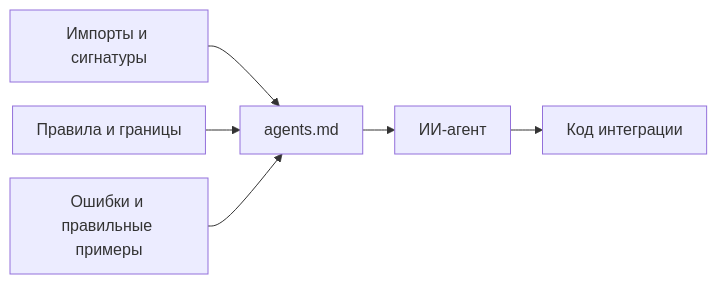
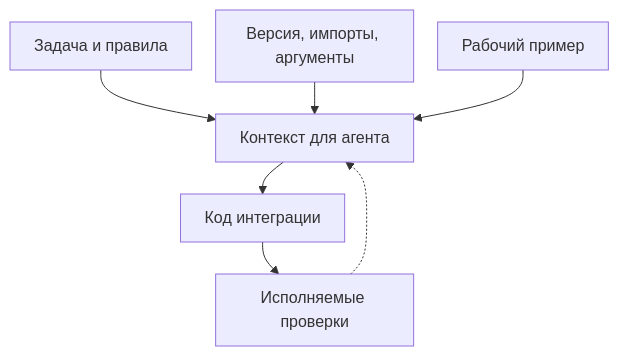
The diagram in translations/ru/blog/posts/2026-09-07-documentation-for-ai-coding-agents.md (bedrock-python/bedrock-python.github.io), drawn with Mermaid before and after one commit. The commit also changed other lines of this file and 37 other files, not shown here.

Commit message:
Обновление статьи о Bedrock Python: уточнение описания инфраструктуры, улучшение примеров использования библиотек для работы с PostgreSQL и HTTP-клиентами, добавление новых разделов о проверке поведения и интеграции компонентов.

````diff
--- a/translations/ru/blog/posts/2026-09-07-documentation-for-ai-coding-agents.md
+++ b/translations/ru/blog/posts/2026-09-07-documentation-for-ai-coding-agents.md
@@ -57,20 +116,21 @@
 ```mermaid
 ---
 config:
   theme: default
   look: classic
   flowchart:
     useMaxWidth: false
     wrappingWidth: 150
     padding: 12
     nodeSpacing: 24
     rankSpacing: 32
 ---
-flowchart LR
-    accTitle: Соберите правила API на одной странице
-    accDescr: На одной странице собраны импорты, сигнатуры, обязательные правила и примеры. Модели остаётся меньше пробелов, которые пришлось бы заполнять догадками.
- A["Импорты и сигнатуры"] --> D["agents.md"]
- R["Правила и границы"] --> D
- E["Ошибки и правильные примеры"] --> D
- D --> M["ИИ-агент"] --> C["Код интеграции"]
+flowchart TD
+    accTitle: От описания задачи к проверяемому коду
+    accDescr: Задача, сведения об API и рабочий пример формируют контекст. Код интеграции проходит проверки; обнаруженные ошибки помогают уточнить документацию.
+    A["Задача и правила"] --> D["Контекст для агента"]
+    B["Версия, импорты, аргументы"] --> D
+    C["Рабочий пример"] --> D
+    D --> E["Код интеграции"] --> F["Исполняемые проверки"]
+    F -.-> D
 ```
````
